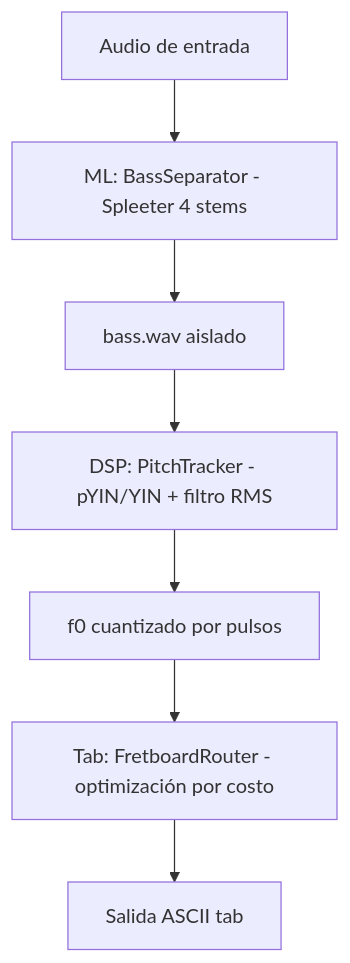
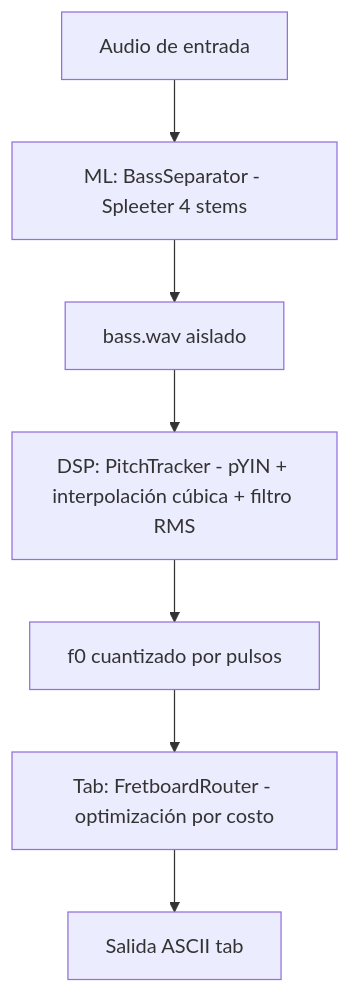
The diagram in README.es.md (blackmetalhans/punkito-tabs-oracle), drawn with Mermaid before and after one commit. The commit also changed other lines of this file and 10 other files, not shown here.

````diff
--- a/README.es.md
+++ b/README.es.md
@@ -19,9 +19,9 @@
 ```mermaid
 flowchart TD
     A[Audio de entrada] --> B[ML: BassSeparator - Spleeter 4 stems]
     B --> C[bass.wav aislado]
-    C --> D[DSP: PitchTracker - pYIN/YIN + filtro RMS]
+    C --> D[DSP: PitchTracker - pYIN + interpolación cúbica + filtro RMS]
     D --> E[f0 cuantizado por pulsos]
     E --> F[Tab: FretboardRouter - optimización por costo]
     F --> G[Salida ASCII tab]
 ```
````
